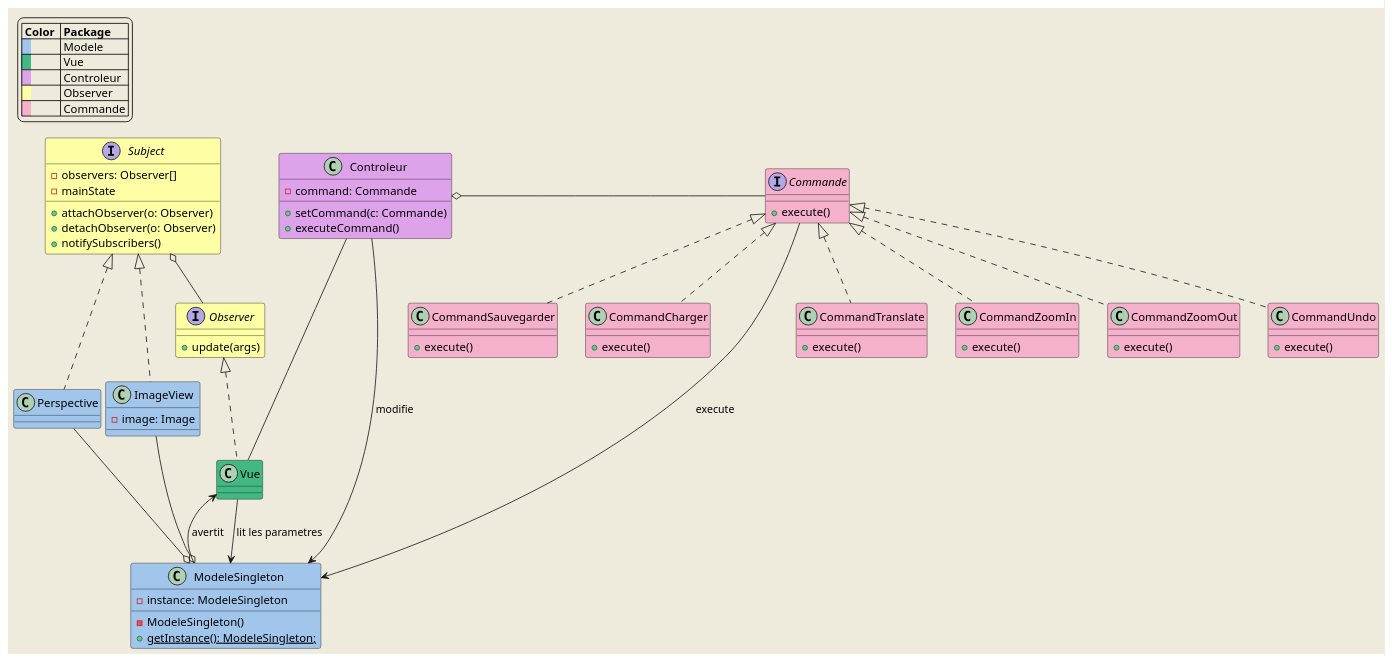
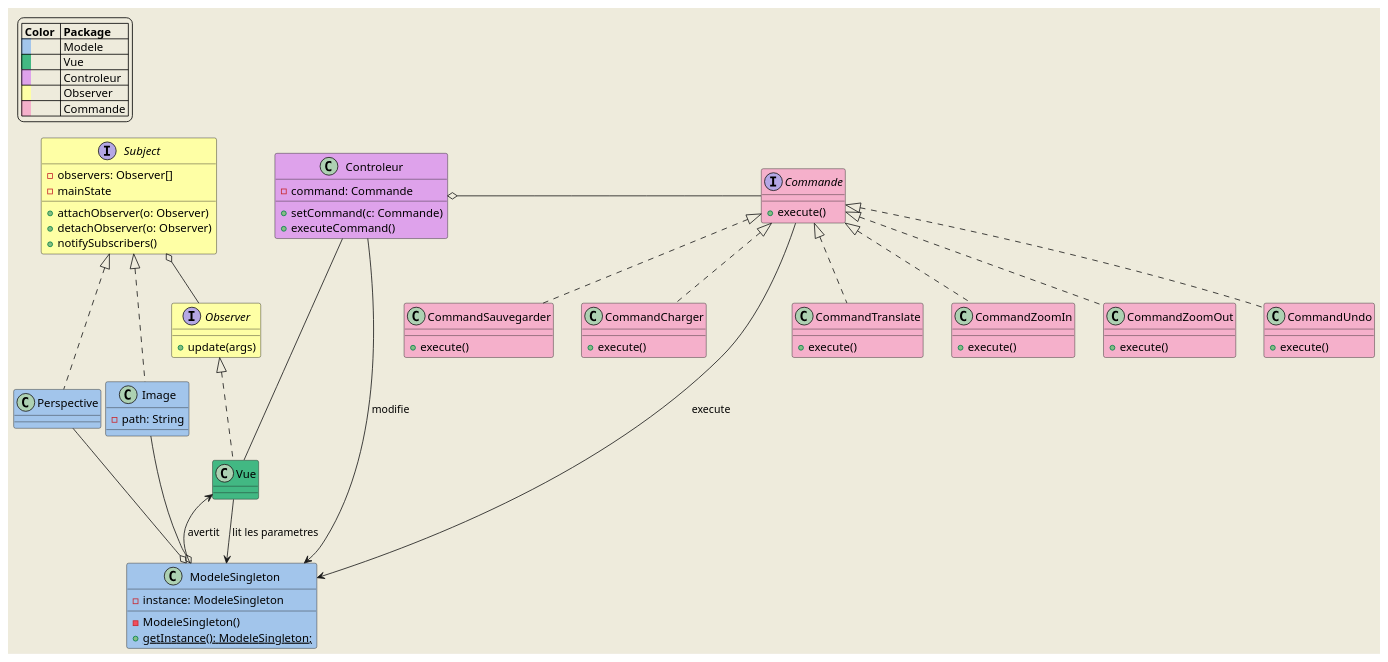
One commit to VelaSam/PerspectivePro changed the diagram in out/production/Log121PerspectivePro/diagrammes/diagramme_de_classe_global.puml. Above: the diagram before and after it, drawn with PlantUML. The commit also changed other lines of this file and 5 other files, not shown here.

```diff
--- a/out/production/Log121PerspectivePro/diagrammes/diagramme_de_classe_global.puml
+++ b/out/production/Log121PerspectivePro/diagrammes/diagramme_de_classe_global.puml
@@ -1,118 +1,118 @@
 @startuml
 
 
 skinparam backgroundColor #EEEBDC
 
 legend top left
  |= Color  |= Package |
  |<back:#a2c5eb>   </back>| Modele |
  |<back:#42b883>   </back>| Vue |
  |<back:#dea2eb>   </back>| Controleur |
  |<back:#FEFFA5>   </back>| Observer |
  |<back:#F5B0CB>   </back>| Commande |
  endlegend
 
 
 
 
     '----------OBSERVER--------------'
     interface Observer #FEFFA5{
         +update(args)
     }
 
     interface Subject #FEFFA5{
         -observers: Observer[]
         -mainState
 
         +attachObserver(o: Observer)
         +detachObserver(o: Observer)
         +notifySubscribers()
 
     }
     '-----------OBSERVER--------------'
 
 
 
     '-----------COMMAND--------------'
     interface Commande #F5B0CB {
         +execute()
     }
 
     class CommandTranslate #F5B0CB implements Commande{
         +execute()
    
     }
 
     class CommandZoomIn #F5B0CB implements Commande{
         +execute()
    
     }
 
     class CommandZoomOut #F5B0CB implements Commande{
         +execute()
    
     }
 
     class CommandUndo #F5B0CB implements Commande{
         +execute()
     }
     
     class CommandSauvegarder #F5B0CB implements Commande{
         +execute()
     }
 
     class CommandCharger #F5B0CB implements Commande{
         +execute()
     }
     
     '-----------COMMAND--------------'
 
 
 
     class ModeleSingleton #a2c5eb {
         -instance: ModeleSingleton
 
         -ModeleSingleton()
         + {static} getInstance(): ModeleSingleton;
     }
 
     class Perspective #a2c5eb implements Subject{
 
     }
 
-    class ImageView #a2c5eb implements Subject{
+    class Image #a2c5eb implements Subject{
 
-        -image: Image
+        -path: String
     }
 
     class Controleur #dea2eb{
 
         -command: Commande
         +setCommand(c: Commande)
         +executeCommand()
 
 
     }
 
     class Vue #42b883 implements Observer {}
 
 
 
 
     Subject o-- Observer
 
     ModeleSingleton o-u- Perspective
-    ModeleSingleton o-u- ImageView
+    ModeleSingleton o-u- Image
 
     ModeleSingleton <-- Controleur: modifie
     Vue -up- Controleur
 
     Vue <-- ModeleSingleton: avertit
     Vue --> ModeleSingleton: lit les parametres
 
 
     Commande -l-o Controleur 
 
     Commande ----> ModeleSingleton : execute
 
 @enduml
```
